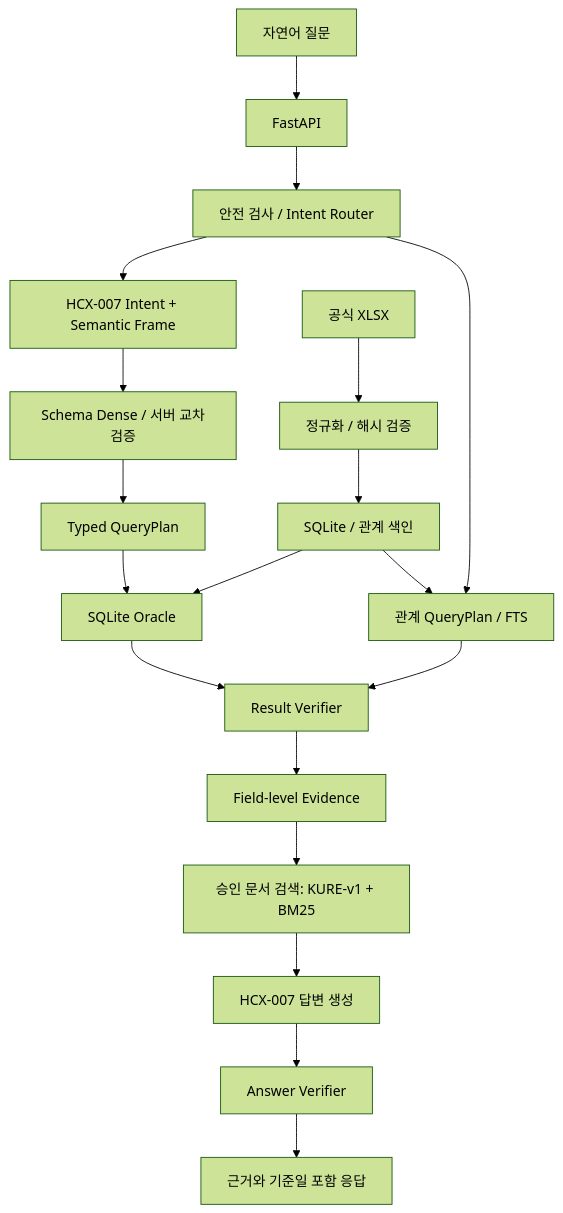
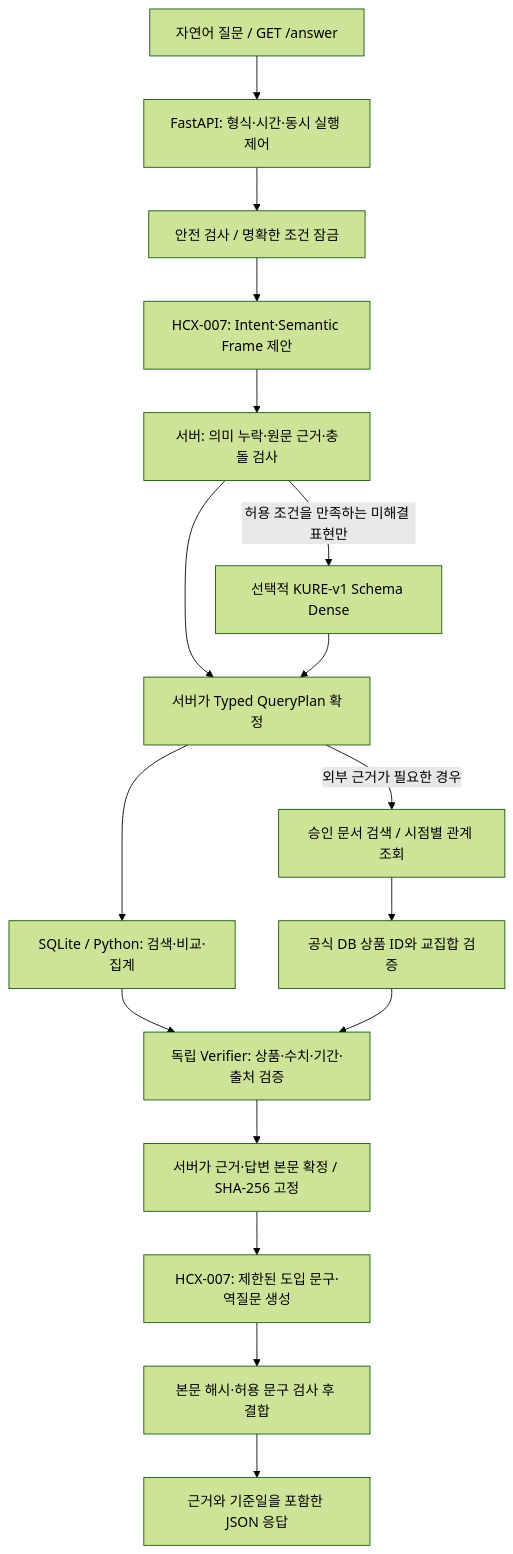
Before and after one commit to Hyunhoim/gaeng3: the diagram in README.md, drawn with Mermaid (forest theme). The commit also changed other lines of this file, not shown here.

````diff
--- a/README.md
+++ b/README.md
@@ -38,21 +42,19 @@
 ```mermaid
 flowchart TD
-    Q["자연어 질문"] --> B["FastAPI"]
-    B --> S["안전 검사 / Intent Router"]
-    S --> H["HCX-007 Intent + Semantic Frame"]
-    H --> K["Schema Dense / 서버 교차검증"]
-    K --> P["Typed QueryPlan"]
-    S --> R["관계 QueryPlan / FTS"]
-    P --> O["SQLite Oracle"]
-    R --> V["Result Verifier"]
-    O --> V
-    X["공식 XLSX"] --> I["정규화 / 해시 검증"]
-    I --> DB["SQLite / 관계 색인"]
-    DB --> O
-    DB --> R
-    V --> E["Field-level Evidence"]
-    E --> D["승인 문서 검색: KURE-v1 + BM25"]
-    D --> A["HCX-007 답변 생성"]
-    A --> AV["Answer Verifier"]
-    AV --> OUT["근거와 기준일 포함 응답"]
+    Q["자연어 질문 / GET /answer"] --> B["FastAPI: 형식·시간·동시 실행 제어"]
+    B --> S["안전 검사 / 명확한 조건 잠금"]
+    S --> H["HCX-007: Intent·Semantic Frame 제안"]
+    H --> G["서버: 의미 누락·원문 근거·충돌 검사"]
+    G --> P["서버가 Typed QueryPlan 확정"]
+    G -->|허용 조건을 만족하는 미해결 표현만| K["선택적 KURE-v1 Schema Dense"]
+    K --> P
+    P --> O["SQLite / Python: 검색·비교·집계"]
+    P -->|외부 근거가 필요한 경우| D["승인 문서 검색 / 시점별 관계 조회"]
+    D --> J["공식 DB 상품 ID와 교집합 검증"]
+    O --> V["독립 Verifier: 상품·수치·기간·출처 검증"]
+    J --> V
+    V --> E["서버가 근거·답변 본문 확정 / SHA-256 고정"]
+    E --> A["HCX-007: 제한된 도입 문구·역질문 생성"]
+    A --> AV["본문 해시·허용 문구 검사 후 결합"]
+    AV --> OUT["근거와 기준일을 포함한 JSON 응답"]
 ```
````
